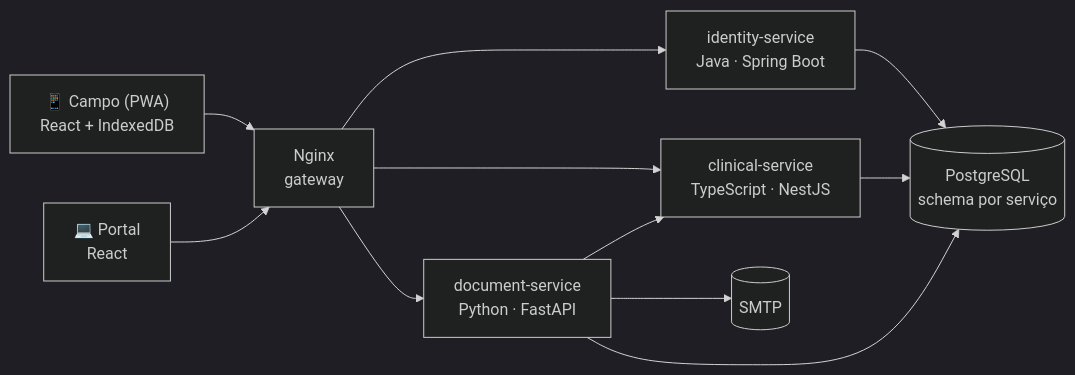
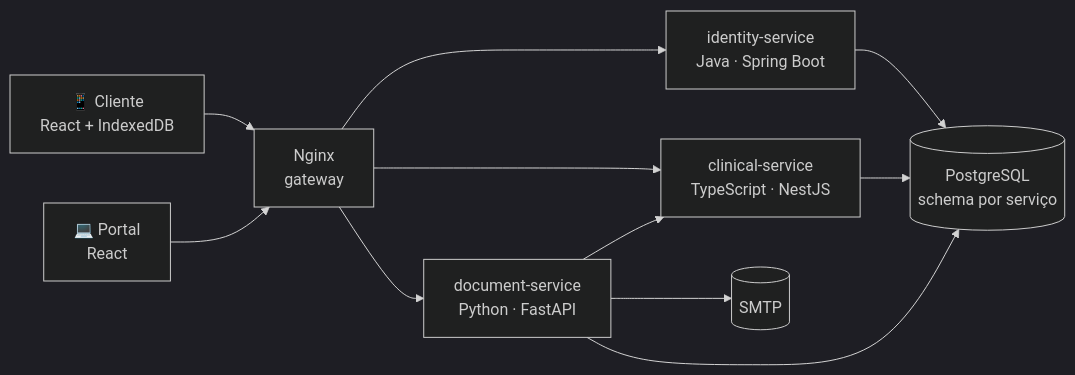
One commit to joaogehlen/MedicalField changed the diagram in README.md. Above: the diagram before and after it, drawn with Mermaid (dark theme). The commit also changed other lines of this file and 40 other files, not shown here.

````diff
--- a/README.md
+++ b/README.md
@@ -11,11 +13,11 @@
 ```mermaid
 flowchart LR
-    client["📱 Campo (PWA)<br/>React + IndexedDB"] --> gw
+    client["📱 Cliente<br/>React + IndexedDB"] --> gw
     portal["💻 Portal<br/>React"] --> gw
     gw["Nginx<br/>gateway"] --> id["identity-service<br/>Java · Spring Boot"]
     gw --> cl["clinical-service<br/>TypeScript · NestJS"]
     gw --> doc["document-service<br/>Python · FastAPI"]
     id & cl & doc --> pg[("PostgreSQL<br/>schema por serviço")]
     doc --> cl
     doc --> smtp[("SMTP")]
 ```
````
